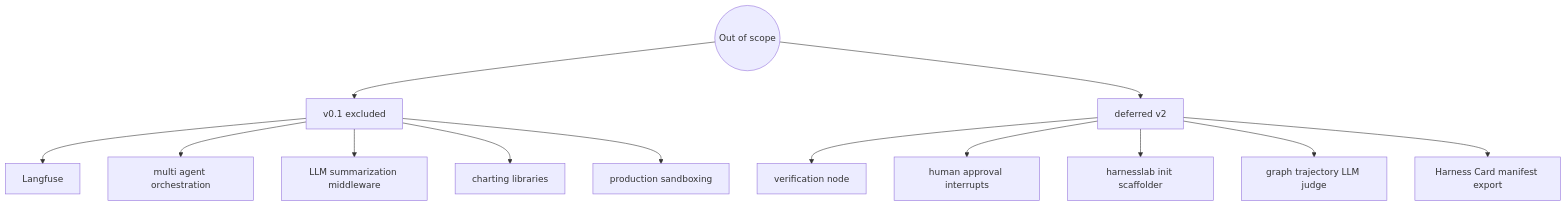
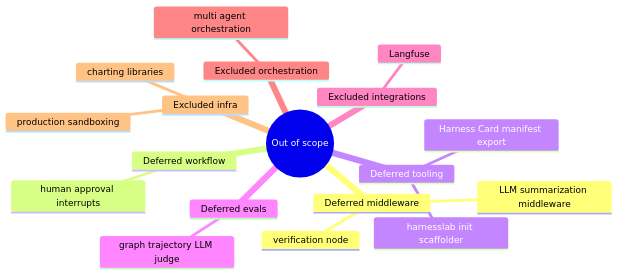
The sixth of 8 diagrams in IMPLEMENTATION_PLAN.md (HOSH19/HarnessLab), drawn with Mermaid before and after one commit. The commit also changed 1 other file, not shown here.

Commit message:
Restore out-of-scope mindmap diagrams matching in-scope style.
Use multiple top-level branches so GitHub Mermaid links all clusters to
the root instead of orphaning the first sibling in two-branch layouts.

````diff
--- a/IMPLEMENTATION_PLAN.md
+++ b/IMPLEMENTATION_PLAN.md
@@ -117,18 +117,21 @@
 ```mermaid
-flowchart TB
-    Root((Out of scope))
-    Root --> Excluded[v0.1 excluded]
-    Root --> Deferred[deferred v2]
-
-    Excluded --> E1[Langfuse]
-    Excluded --> E2[multi agent orchestration]
-    Excluded --> E3[LLM summarization middleware]
-    Excluded --> E4[charting libraries]
-    Excluded --> E5[production sandboxing]
-
-    Deferred --> D1[verification node]
-    Deferred --> D2[human approval interrupts]
-    Deferred --> D3[harnesslab init scaffolder]
-    Deferred --> D4[graph trajectory LLM judge]
-    Deferred --> D5[Harness Card manifest export]
+mindmap
+  root((Out of scope))
+    Deferred middleware
+      verification node
+      LLM summarization middleware
+    Deferred workflow
+      human approval interrupts
+    Deferred tooling
+      harnesslab init scaffolder
+      Harness Card manifest export
+    Deferred evals
+      graph trajectory LLM judge
+    Excluded integrations
+      Langfuse
+    Excluded orchestration
+      multi agent orchestration
+    Excluded infra
+      charting libraries
+      production sandboxing
 ```
````
